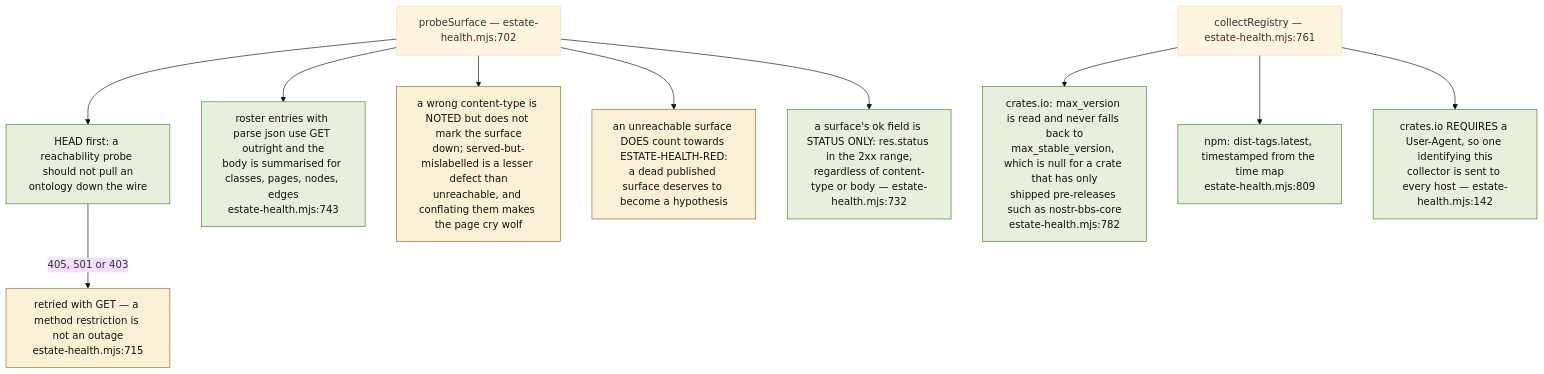
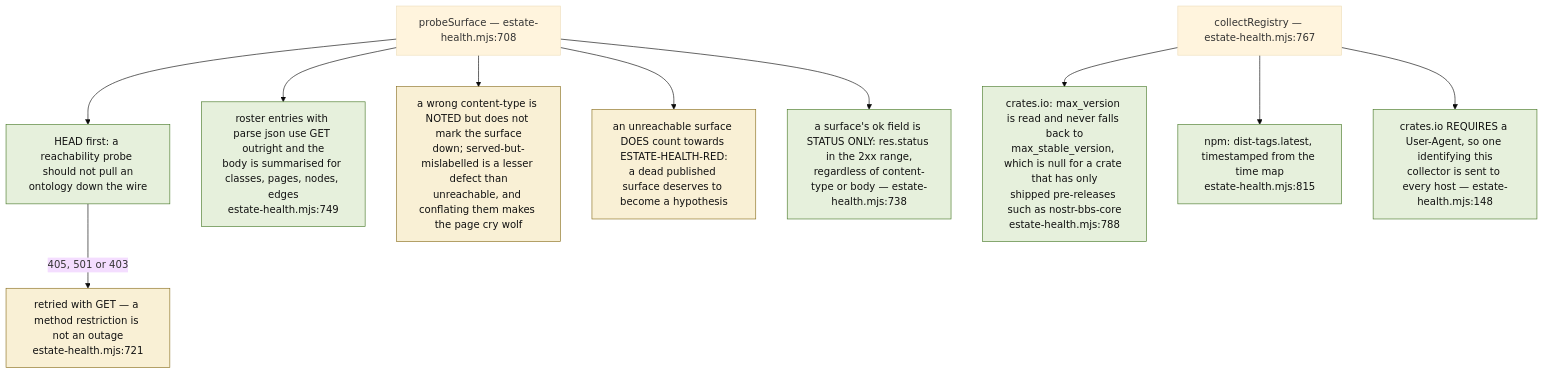
One commit to DreamLab-AI/VisionFlow changed the seventh of 9 diagrams in docs/diagrams/visionflow/03-estate-health.md. Above: the diagram before and after it, drawn with Mermaid (base theme). The commit also changed other lines of this file and 160 other files, not shown here.

````diff
--- a/docs/diagrams/visionflow/03-estate-health.md
+++ b/docs/diagrams/visionflow/03-estate-health.md
@@ -230,20 +234,20 @@
 ```mermaid
 flowchart TB
     classDef ok fill:#e6f0dc,stroke:#4a7a2a,color:#111
     classDef warn fill:#f9f0d5,stroke:#8a7020,color:#111
 
-    S["probeSurface — estate-health.mjs:702"]
+    S["probeSurface — estate-health.mjs:708"]
     S --> H["HEAD first: a reachability probe should not pull an<br/>ontology down the wire"]:::ok
-    H -->|"405, 501 or 403"| G["retried with GET — a method restriction is not an outage<br/>estate-health.mjs:715"]:::warn
-    S --> J["roster entries with parse json use GET outright and the<br/>body is summarised for classes, pages, nodes, edges<br/>estate-health.mjs:743"]:::ok
+    H -->|"405, 501 or 403"| G["retried with GET — a method restriction is not an outage<br/>estate-health.mjs:721"]:::warn
+    S --> J["roster entries with parse json use GET outright and the<br/>body is summarised for classes, pages, nodes, edges<br/>estate-health.mjs:749"]:::ok
     S --> CT["a wrong content-type is NOTED but does not mark the surface<br/>down; served-but-mislabelled is a lesser defect than<br/>unreachable, and conflating them makes the page cry wolf"]:::warn
     S --> DOWN["an unreachable surface DOES count towards ESTATE-HEALTH-RED:<br/>a dead published surface deserves to become a hypothesis"]:::warn
 
-    R["collectRegistry — estate-health.mjs:761"]
-    R --> CR["crates.io: max_version is read and never falls back to<br/>max_stable_version, which is null for a crate that has only<br/>shipped pre-releases such as nostr-bbs-core<br/>estate-health.mjs:782"]:::ok
-    R --> NP["npm: dist-tags.latest, timestamped from the time map<br/>estate-health.mjs:809"]:::ok
-    R --> UA["crates.io REQUIRES a User-Agent, so one identifying this<br/>collector is sent to every host — estate-health.mjs:142"]:::ok
+    R["collectRegistry — estate-health.mjs:767"]
+    R --> CR["crates.io: max_version is read and never falls back to<br/>max_stable_version, which is null for a crate that has only<br/>shipped pre-releases such as nostr-bbs-core<br/>estate-health.mjs:788"]:::ok
+    R --> NP["npm: dist-tags.latest, timestamped from the time map<br/>estate-health.mjs:815"]:::ok
+    R --> UA["crates.io REQUIRES a User-Agent, so one identifying this<br/>collector is sent to every host — estate-health.mjs:148"]:::ok
 
-    OKDEF["a surface's ok field is STATUS ONLY: res.status in the 2xx range,<br/>regardless of content-type or body — estate-health.mjs:732"]:::ok
+    OKDEF["a surface's ok field is STATUS ONLY: res.status in the 2xx range,<br/>regardless of content-type or body — estate-health.mjs:738"]:::ok
     S --> OKDEF
 ```
````
